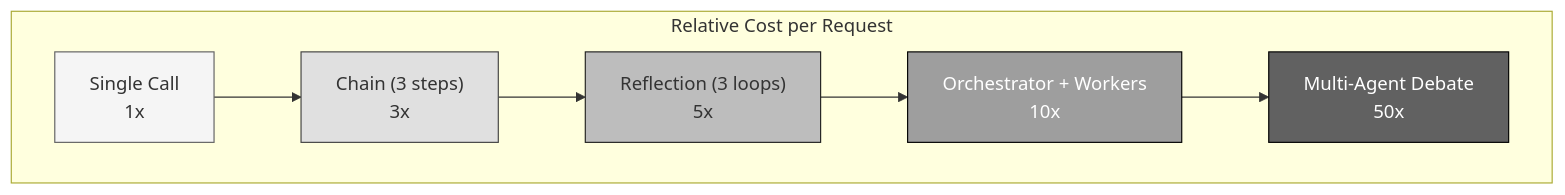
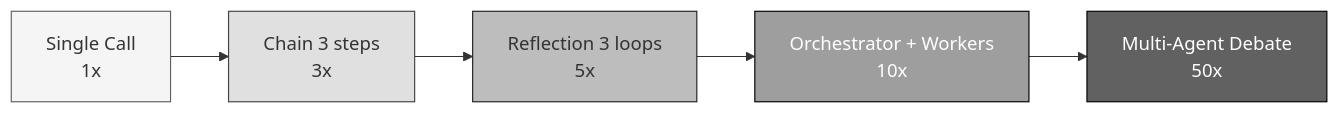
Before and after one commit to Shekharrajak/agent-design-patterns: the third of 4 diagrams in docs/posts/07-production-playbook.md, drawn with Mermaid. The commit also changed other lines of this file and 7 other files, not shown here.

Commit message:
fix: resolve Mermaid rendering issues across all chapters

````diff
--- a/docs/posts/07-production-playbook.md
+++ b/docs/posts/07-production-playbook.md
@@ -58,19 +57,10 @@
 ```mermaid
-graph TD
-    subgraph COST["Relative Cost per Request"]
-        direction LR
-        C1["Single Call<br/>1x"]
-        C2["Chain (3 steps)<br/>3x"]
-        C3["Reflection (3 loops)<br/>5x"]
-        C4["Orchestrator + Workers<br/>10x"]
-        C5["Multi-Agent Debate<br/>50x"]
-    end
-
-    C1 --> C2 --> C3 --> C4 --> C5
+graph LR
+    C1["Single Call<br/>1x"] --> C2["Chain 3 steps<br/>3x"] --> C3["Reflection 3 loops<br/>5x"] --> C4["Orchestrator + Workers<br/>10x"] --> C5["Multi-Agent Debate<br/>50x"]
 
     style C1 fill:#f5f5f5,stroke:#616161
     style C2 fill:#e0e0e0,stroke:#424242
     style C3 fill:#bdbdbd,stroke:#212121
     style C4 fill:#9e9e9e,stroke:#000,color:#fff
     style C5 fill:#616161,stroke:#000,color:#fff
 ```
````
